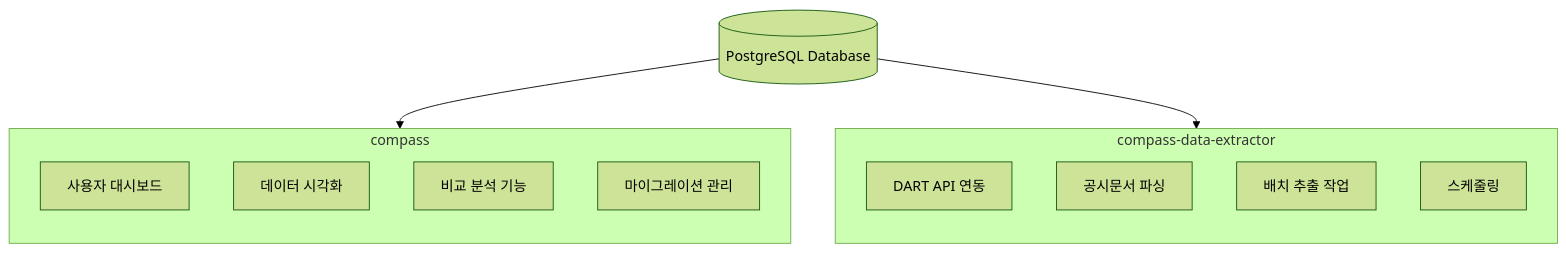
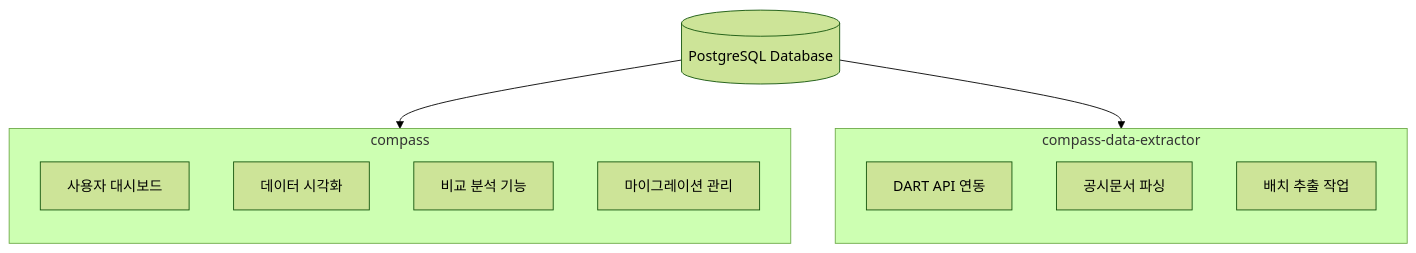
Before and after one commit to fntimes/docs: the first of 5 diagrams in compass/database-schema.md, drawn with Mermaid (forest theme). The commit also changed other lines of this file, not shown here.

First line of the commit message:
database-schema.md 문서 구조 전면 개편 (v3.1)

````diff
--- a/compass/database-schema.md
+++ b/compass/database-schema.md
@@ -25,23 +35,19 @@
 ```mermaid
 flowchart TB
     DB[(PostgreSQL Database)]
-
     subgraph compass[compass]
         direction TB
         c1[사용자 대시보드]
         c2[데이터 시각화]
         c3[비교 분석 기능]
         c4[마이그레이션 관리]
     end
-
     subgraph extractor[compass-data-extractor]
         direction TB
         e1[DART API 연동]
         e2[공시문서 파싱]
         e3[배치 추출 작업]
-        e4[스케줄링]
     end
-
     DB --> compass
     DB --> extractor
 ```
````
